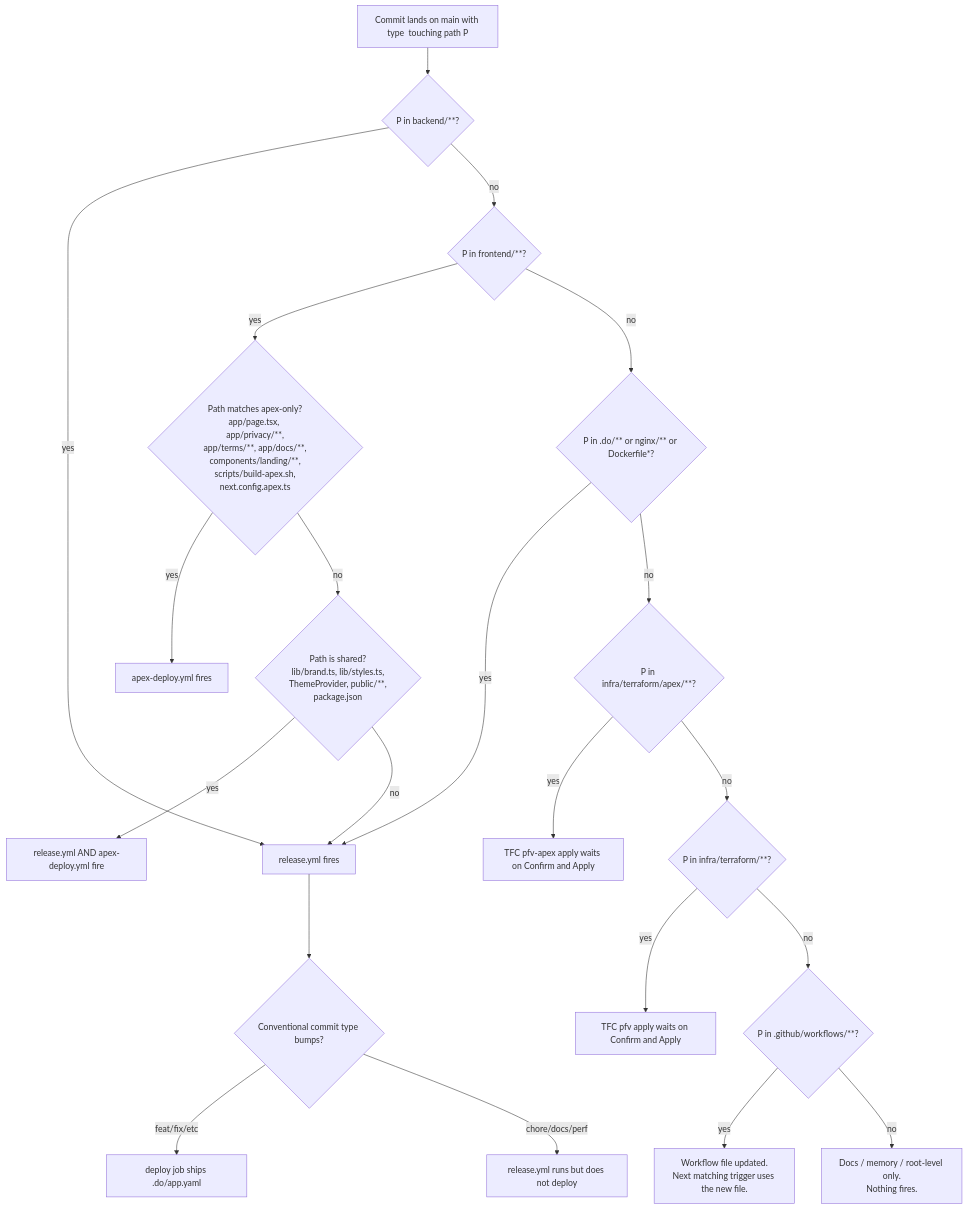
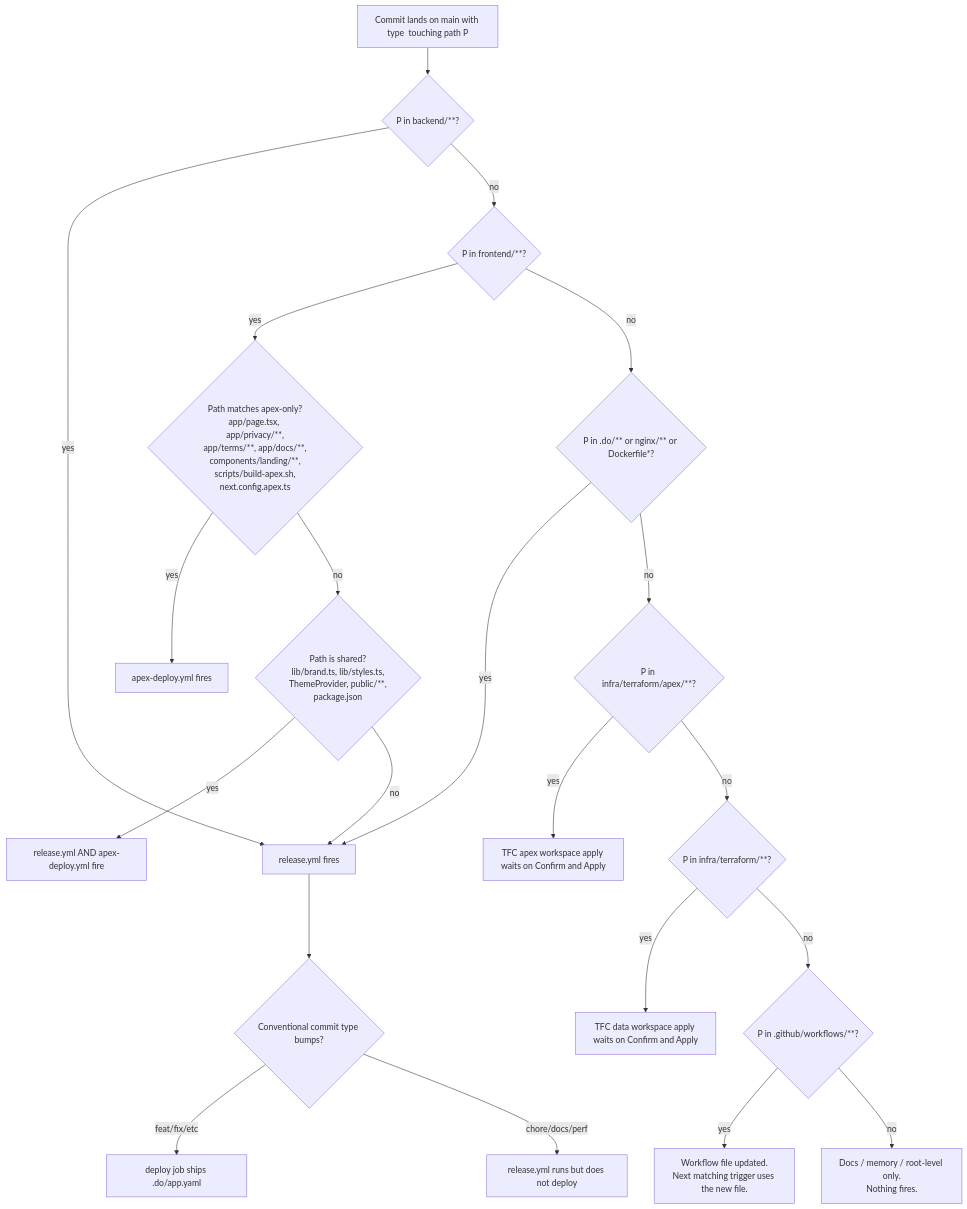
Before and after one commit to fjcloudaiconsulting/tbd: the eighth of 8 diagrams in DEPLOYMENT.md, drawn with Mermaid. The commit also changed other lines of this file and 2 other files, not shown here.

First line of the commit message:
docs(infra): finish the TFC workspace scrub the first pass left half-done (TBD-372)

````diff
--- a/DEPLOYMENT.md
+++ b/DEPLOYMENT.md
@@ -520,27 +520,27 @@
 ```mermaid
 flowchart TD
   start[Commit lands on main with type <type> touching path P]
   start --> back{P in backend/**?}
   back -- yes --> rel[release.yml fires]
   back -- no --> front{P in frontend/**?}
 
   front -- yes --> frontkind{Path matches apex-only?<br/>app/page.tsx, app/privacy/**,<br/>app/terms/**, app/docs/**,<br/>components/landing/**,<br/>scripts/build-apex.sh,<br/>next.config.apex.ts}
   frontkind -- yes --> apex[apex-deploy.yml fires]
   frontkind -- no --> frontshared{Path is shared?<br/>lib/brand.ts, lib/styles.ts,<br/>ThemeProvider, public/**,<br/>package.json}
   frontshared -- yes --> both[release.yml AND apex-deploy.yml fire]
   frontshared -- no --> rel
 
   front -- no --> infra{P in .do/** or nginx/** or Dockerfile*?}
   infra -- yes --> rel
   infra -- no --> tf1{P in infra/terraform/apex/**?}
-  tf1 -- yes --> tfapex[TFC pfv-apex apply waits on Confirm and Apply]
+  tf1 -- yes --> tfapex[TFC apex workspace apply waits on Confirm and Apply]
   tf1 -- no --> tf2{P in infra/terraform/**?}
-  tf2 -- yes --> tfpfv[TFC pfv apply waits on Confirm and Apply]
+  tf2 -- yes --> tfpfv[TFC data workspace apply waits on Confirm and Apply]
   tf2 -- no --> wf{P in .github/workflows/**?}
   wf -- yes --> nothing[Workflow file updated.<br/>Next matching trigger uses the new file.]
   wf -- no --> docs[Docs / memory / root-level only.<br/>Nothing fires.]
 
   rel --> semrel{Conventional commit type bumps?}
   semrel -- feat/fix/etc --> deploy[deploy job ships .do/app.yaml]
   semrel -- chore/docs/perf --> noship[release.yml runs but does not deploy]
 ```
````
